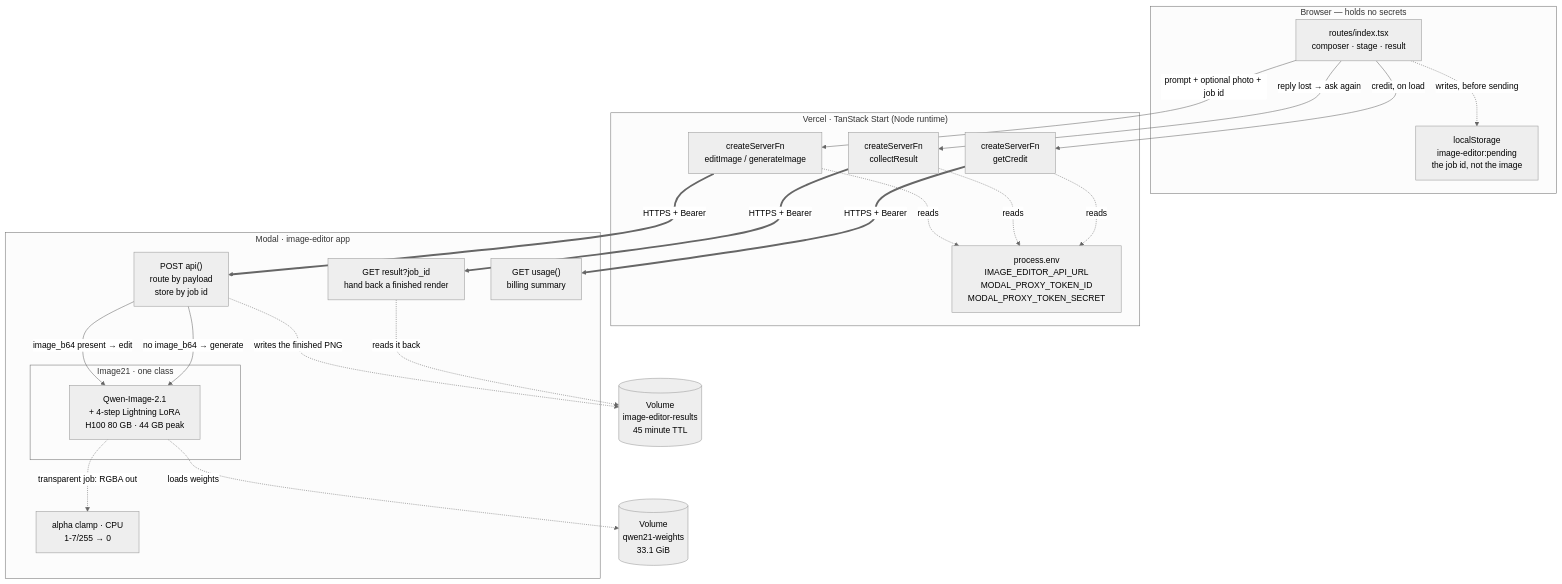
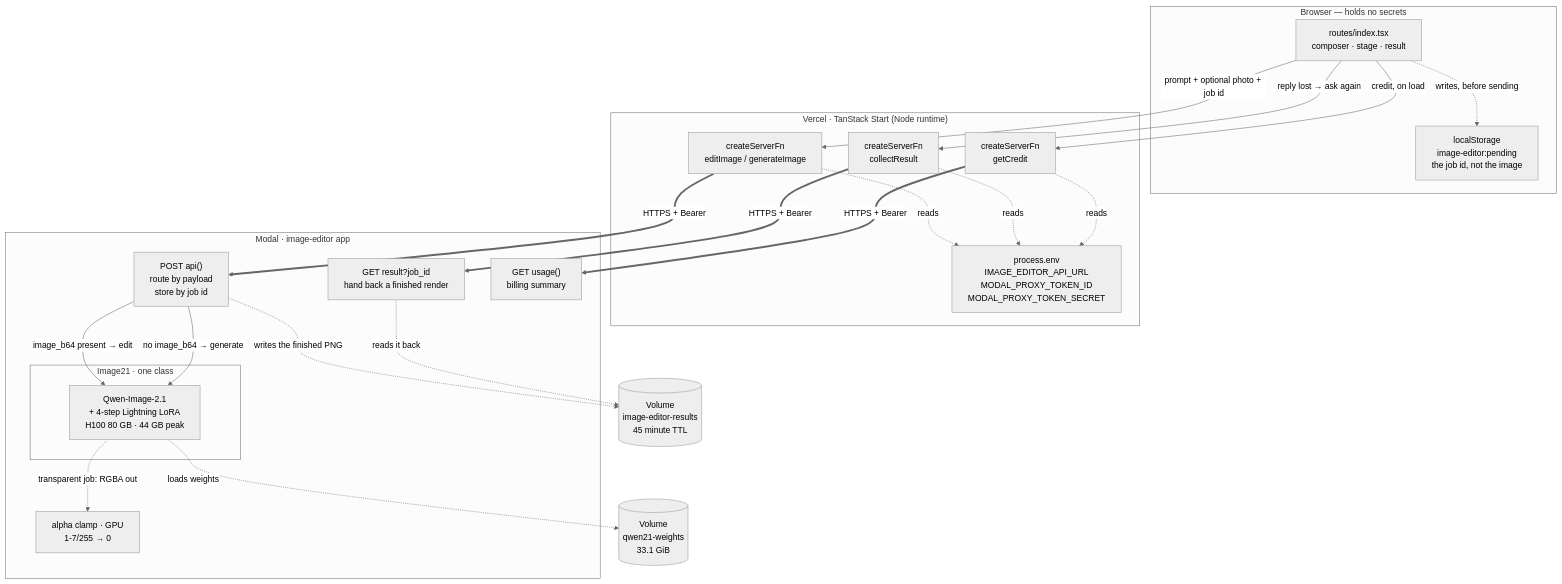
Before and after one commit to kusalkalinga00/latent-image-generator: the first of 2 diagrams in README.md, drawn with Mermaid (neutral theme). The commit also changed other lines of this file and 2 other files, not shown here.

````diff
--- a/README.md
+++ b/README.md
@@ -119,44 +120,44 @@
 ```mermaid
 flowchart TB
   subgraph BROWSER["Browser — holds no secrets"]
     UI["routes/index.tsx<br/>composer · stage · result"]
     LS["localStorage<br/>image-editor:pending<br/>the job id, not the image"]
   end
 
   subgraph VERCEL["Vercel · TanStack Start (Node runtime)"]
     FN["createServerFn<br/>editImage / generateImage"]
     CO["createServerFn<br/>collectResult"]
     CR["createServerFn<br/>getCredit"]
     ENV["process.env<br/>IMAGE_EDITOR_API_URL<br/>MODAL_PROXY_TOKEN_ID<br/>MODAL_PROXY_TOKEN_SECRET"]
   end
 
   subgraph MODAL["Modal · image-editor app"]
     API["POST api()<br/>route by payload<br/>store by job id"]
     RES["GET result?job_id<br/>hand back a finished render"]
     USE["GET usage()<br/>billing summary"]
     subgraph ONE["Image21 · one class"]
       M21["Qwen-Image-2.1<br/>+ 4-step Lightning LoRA<br/>H100 80 GB · 44 GB peak"]
     end
-    ALPHA["alpha clamp · CPU<br/>1-7/255 → 0"]
+    ALPHA["alpha clamp · GPU<br/>1-7/255 → 0"]
   end
 
   VOL[("Volume<br/>qwen21-weights<br/>33.1 GiB")]
   RVOL[("Volume<br/>image-editor-results<br/>45 minute TTL")]
 
   UI -->|"prompt + optional photo + job id"| FN
   UI -->|"credit, on load"| CR
   UI -.->|"writes, before sending"| LS
   UI -->|"reply lost → ask again"| CO
   FN -.->|"reads"| ENV
   CO -.->|"reads"| ENV
   CR -.->|"reads"| ENV
   FN ==>|"HTTPS + Bearer"| API
   CO ==>|"HTTPS + Bearer"| RES
   CR ==>|"HTTPS + Bearer"| USE
   API -->|"image_b64 present → edit"| M21
   API -->|"no image_b64 → generate"| M21
   API -.->|"writes the finished PNG"| RVOL
   RES -.->|"reads it back"| RVOL
   M21 -.->|"transparent job: RGBA out"| ALPHA
   M21 -.->|"loads weights"| VOL
 ```
````
